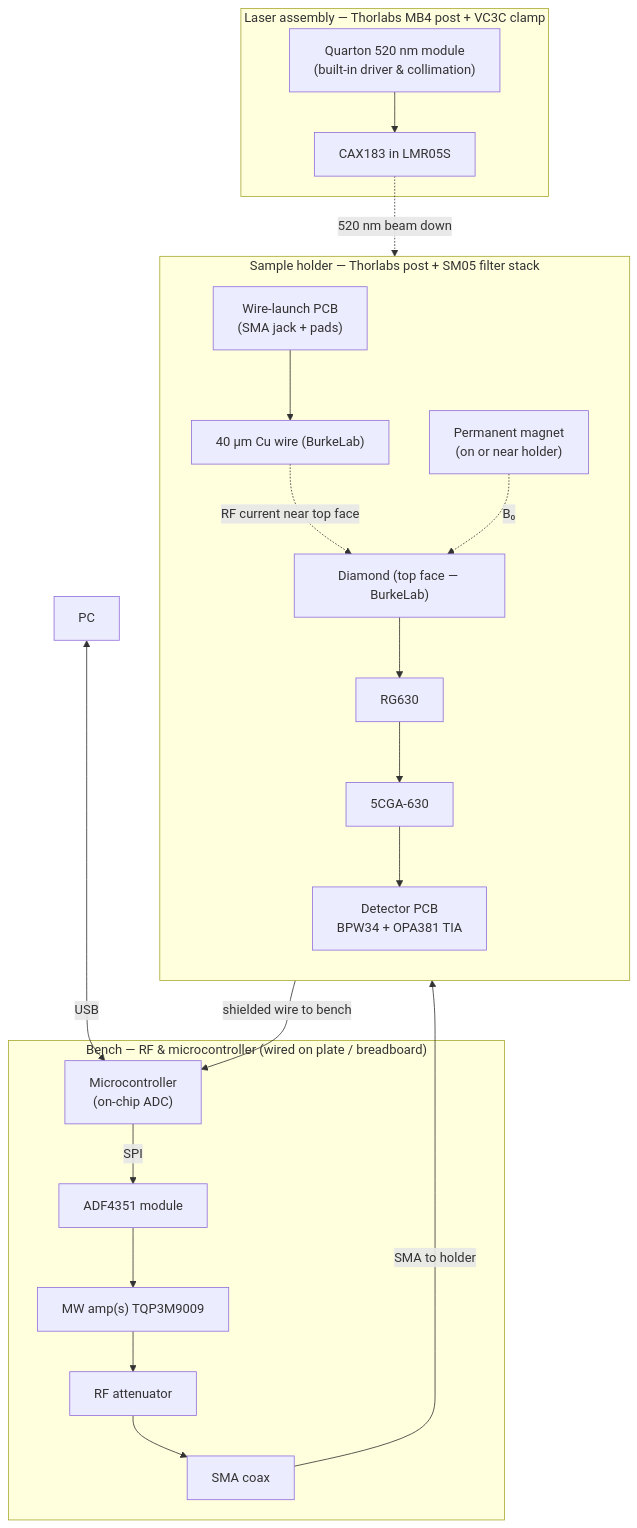
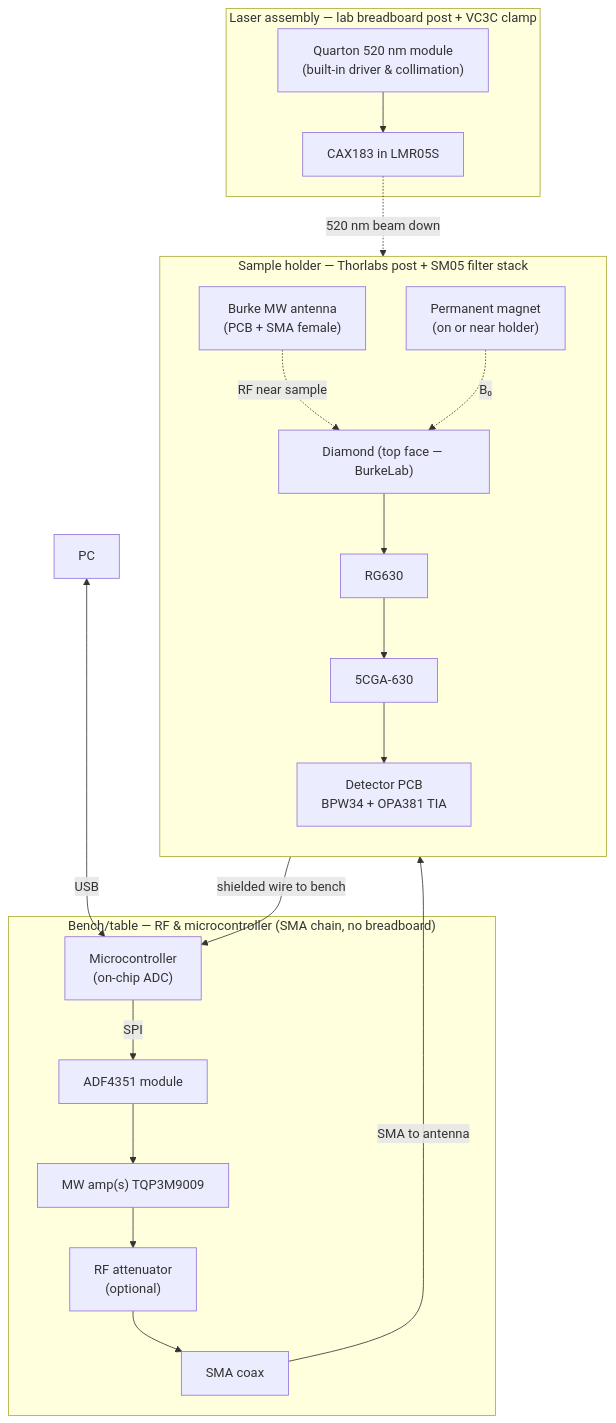
The second of 2 diagrams in misc/diagrams/parts_diagram.md (apoolla114/easy_qubit), drawn with Mermaid before and after one commit. The commit also changed other lines of this file and 4 other files, not shown here.

Commit message:
updating diagram to match actual orders

````diff
--- a/misc/diagrams/parts_diagram.md
+++ b/misc/diagrams/parts_diagram.md
@@ -95,40 +95,38 @@
 ```mermaid
 flowchart TB
     PC["PC"]
 
-    subgraph BENCH ["Bench — RF & microcontroller (wired on plate / breadboard)"]
+    subgraph BENCH ["Bench/table — RF & microcontroller (SMA chain, no breadboard)"]
         CTL["Microcontroller\n(on-chip ADC)"]
         SYN["ADF4351 module"]
         AMP["MW amp(s) TQP3M9009"]
-        ATT["RF attenuator"]
+        ATT["RF attenuator\n(optional)"]
         COAX["SMA coax"]
         CTL -->|SPI| SYN
         SYN --> AMP --> ATT --> COAX
     end
 
-    subgraph LASERASM ["Laser assembly — Thorlabs MB4 post + VC3C clamp"]
+    subgraph LASERASM ["Laser assembly — lab breadboard post + VC3C clamp"]
         LASER["Quarton 520 nm module\n(built-in driver & collimation)"]
         L2["CAX183 in LMR05S"]
         LASER --> L2
     end
 
     subgraph HOLDER ["Sample holder — Thorlabs post + SM05 filter stack"]
         direction TB
         DIA["Diamond (top face — BurkeLab)"]
         LP1["RG630"]
         LP2["5CGA-630"]
         DETPCB["Detector PCB\nBPW34 + OPA381 TIA"]
-        WPCB["Wire-launch PCB\n(SMA jack + pads)"]
-        WIRE["40 µm Cu wire (BurkeLab)"]
+        ANT["Burke MW antenna\n(PCB + SMA female)"]
         MAG["Permanent magnet\n(on or near holder)"]
         DIA --> LP1 --> LP2 --> DETPCB
-        WPCB --> WIRE
     end
 
     PC <-->|USB| CTL
-    COAX -->|SMA to holder| WPCB
-    WIRE -.->|RF current near top face| DIA
+    COAX -->|SMA to antenna| ANT
+    ANT -.->|RF near sample| DIA
     L2 -.->|520 nm beam down| DIA
     MAG -.->|B₀| DIA
     DETPCB -->|shielded wire to bench| CTL
 ```
````
